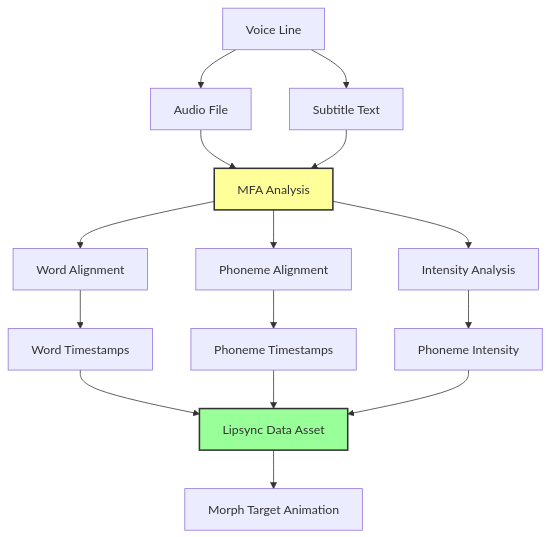
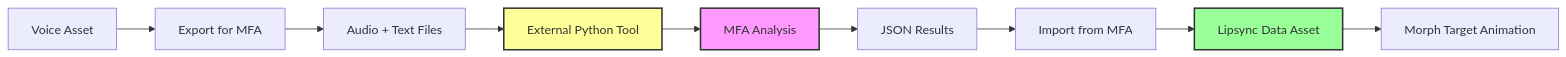
The third of 8 diagrams in ru/tab_voices.md (geoan2/AvatarStudio-Docs), drawn with Mermaid before and after one commit. The commit also changed other lines of this file, not shown here.

````diff
--- a/ru/tab_voices.md
+++ b/ru/tab_voices.md
@@ -165,26 +168,18 @@
 ```mermaid
-graph TD
-    A[Voice Line] --> B[Audio File]
-    A --> C[Subtitle Text]
+graph LR
+    A[Voice Asset] --> B[Export for MFA]
+    B --> C[Audio + Text Files]
     
-    B --> D[MFA Analysis]
-    C --> D
+    C --> D[External Python Tool]
+    D --> E[MFA Analysis]
+    E --> F[JSON Results]
     
-    D --> E[Word Alignment]
-    E --> F[Word Timestamps]
+    F --> G[Import from MFA]
+    G --> H[Lipsync Data Asset]
     
-    D --> G[Phoneme Alignment]
-    G --> H[Phoneme Timestamps]
-    
-    D --> I[Intensity Analysis]
-    I --> J[Phoneme Intensity]
-    
-    F --> K[Lipsync Data Asset]
-    H --> K
-    J --> K
-    
-    K --> L[Morph Target Animation]
+    H --> I[Morph Target Animation]
     
     style D fill:#ff9,stroke:#333,stroke-width:2px
-    style K fill:#9f9,stroke:#333,stroke-width:2px
+    style E fill:#f9f,stroke:#333,stroke-width:2px
+    style H fill:#9f9,stroke:#333,stroke-width:2px
 ```
````
